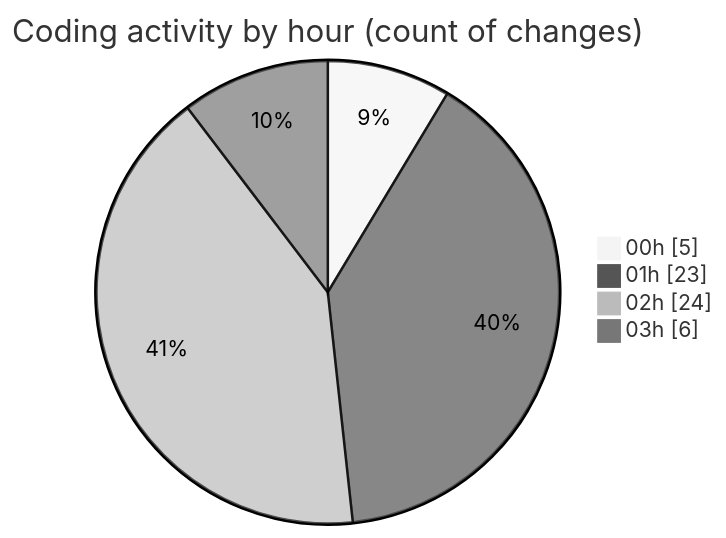
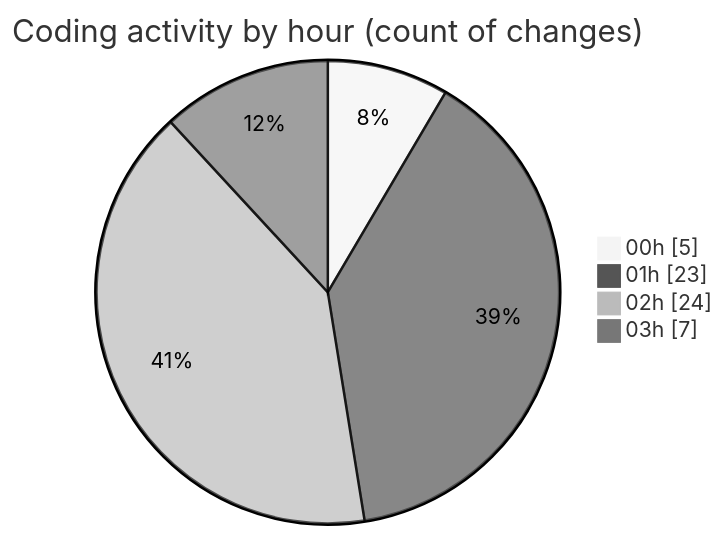
Before and after one commit to julien-gomy/code-tracking: the second of 2 diagrams in 2025-11-06/usr_aleoudev_fr__workspace_/README.md, drawn with Mermaid (neutral theme). The commit also changed other lines of this file and 1 other file, not shown here.

````diff
--- a/2025-11-06/usr_aleoudev_fr__workspace_/README.md
+++ b/2025-11-06/usr_aleoudev_fr__workspace_/README.md
@@ -33,8 +33,8 @@
 ```mermaid
 pie showData
 title Coding activity by hour (count of changes)
 "00h" : 5
 "01h" : 23
 "02h" : 24
-"03h" : 6
+"03h" : 7
 ```
````
